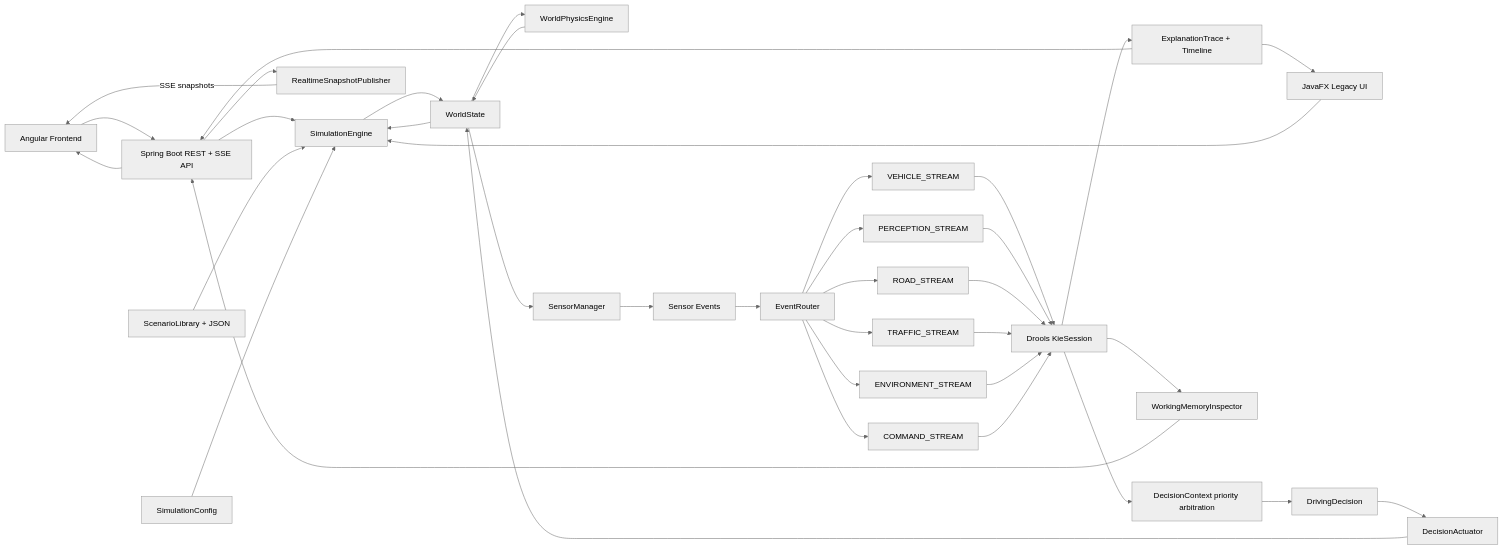
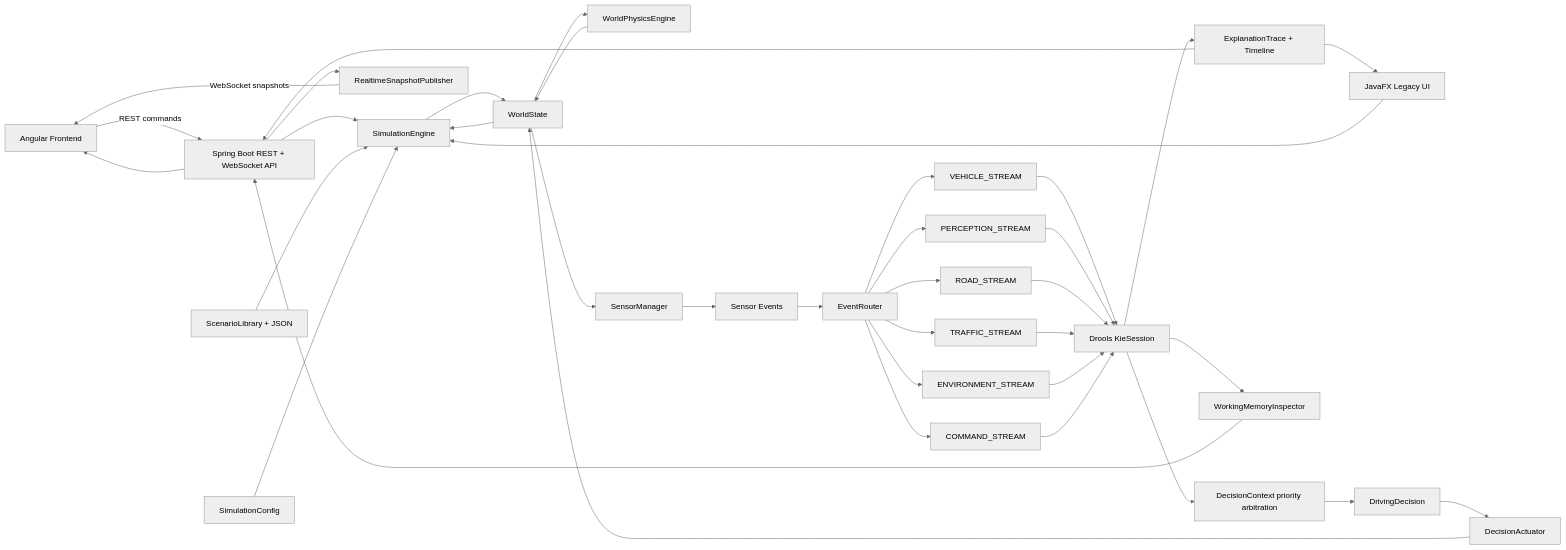
One commit to 1-2Drive/projeto-1 changed the diagram in diagrams/01-system-architecture.md. Above: the diagram before and after it, drawn with Mermaid (neutral theme). The commit also changed 25 other files, not shown here.

````diff
--- a/diagrams/01-system-architecture.md
+++ b/diagrams/01-system-architecture.md
@@ -1,45 +1,45 @@
 ```mermaid
 flowchart LR
-    ANG[Angular Frontend] --> API[Spring Boot REST + SSE API]
+    ANG[Angular Frontend] -->|REST commands| API[Spring Boot REST + WebSocket API]
     JAVA_FX[JavaFX Legacy UI] --> ENGINE[SimulationEngine]
     API --> ENGINE
 
     SCENARIO[ScenarioLibrary + JSON] --> ENGINE
     CONFIG[SimulationConfig] --> ENGINE
 
     ENGINE --> WORLD[WorldState]
     WORLD --> PHYSICS[WorldPhysicsEngine]
     PHYSICS --> WORLD
     WORLD --> SENSORS[SensorManager]
     SENSORS --> EVENTS[Sensor Events]
     EVENTS --> ROUTER[EventRouter]
 
     ROUTER --> EP1[VEHICLE_STREAM]
     ROUTER --> EP2[PERCEPTION_STREAM]
     ROUTER --> EP3[ROAD_STREAM]
     ROUTER --> EP4[TRAFFIC_STREAM]
     ROUTER --> EP5[ENVIRONMENT_STREAM]
     ROUTER --> EP6[COMMAND_STREAM]
 
     EP1 --> DROOLS[Drools KieSession]
     EP2 --> DROOLS
     EP3 --> DROOLS
     EP4 --> DROOLS
     EP5 --> DROOLS
     EP6 --> DROOLS
 
     DROOLS --> CTX[DecisionContext priority arbitration]
     CTX --> DECISION[DrivingDecision]
     DECISION --> ACT[DecisionActuator]
     ACT --> WORLD
     WORLD --> ENGINE
 
     DROOLS --> TRACE[ExplanationTrace + Timeline]
     DROOLS --> WM[WorkingMemoryInspector]
     TRACE --> API
     WM --> API
     TRACE --> JAVA_FX
     API --> ANG
     API --> PUBLISHER[RealtimeSnapshotPublisher]
-    PUBLISHER -->|SSE snapshots| ANG
+    PUBLISHER -->|WebSocket snapshots| ANG
 ```
````
